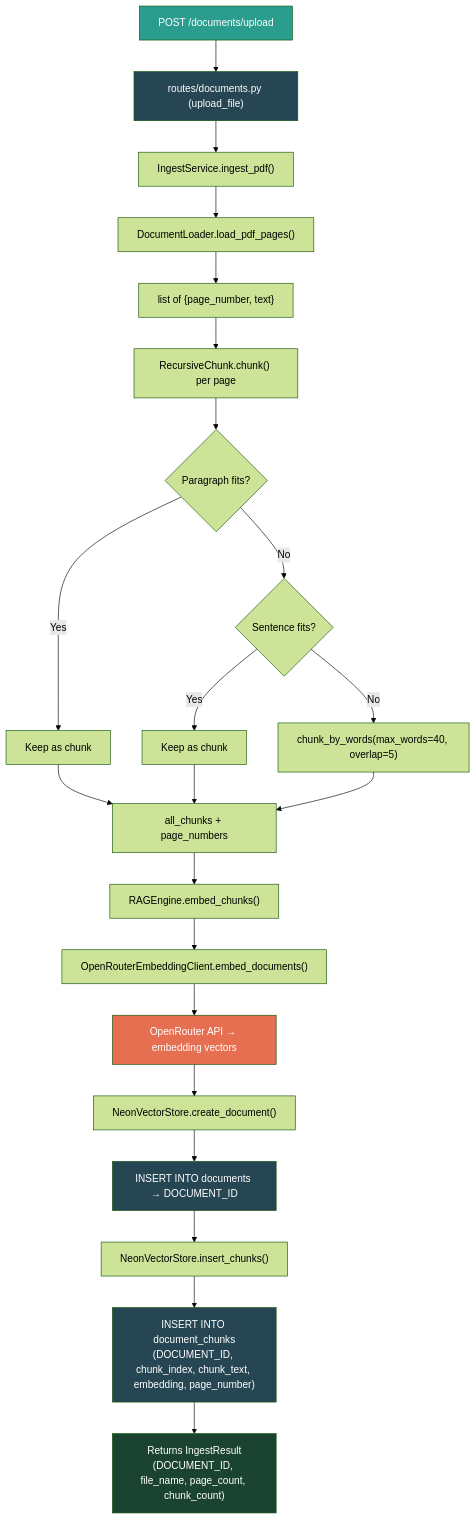
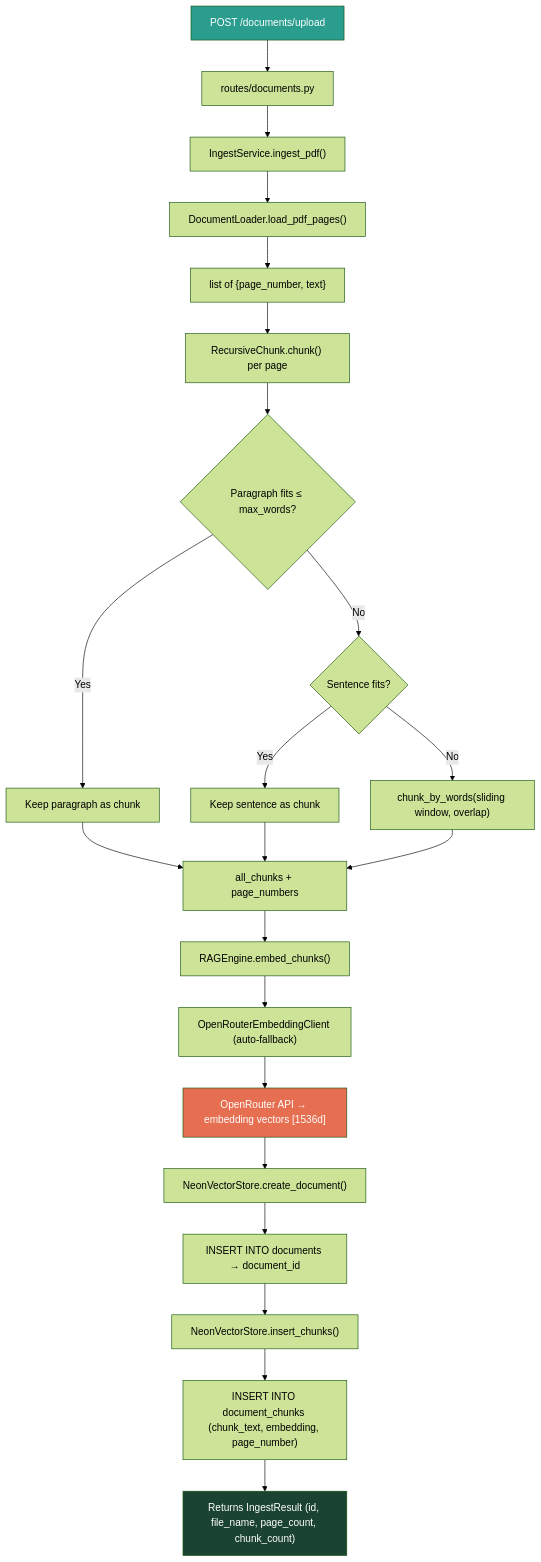
Before and after one commit to hasnatsakil/agentic-rag-service: the first of 4 diagrams in README.md, drawn with Mermaid (forest theme). The commit also changed other lines of this file and 19 other files, not shown here.

````diff
--- a/README.md
+++ b/README.md
@@ -97,38 +347,31 @@
 ```mermaid
 flowchart TD
-    A["POST /documents/upload"] --> B["routes/documents.py (upload_file)"]
+    A["POST /documents/upload"] --> B["routes/documents.py"]
     B --> C["IngestService.ingest_pdf()"]
-    
+
     C --> D["DocumentLoader.load_pdf_pages()"]
     D --> E["list of {page_number, text}"]
-    
+
     E --> F["RecursiveChunk.chunk() per page"]
-    F --> F1{"Paragraph fits?"}
-    F1 -- Yes --> F2["Keep as chunk"]
+    F --> F1{"Paragraph fits ≤ max_words?"}
+    F1 -- Yes --> F2["Keep paragraph as chunk"]
     F1 -- No --> F3{"Sentence fits?"}
-    F3 -- Yes --> F4["Keep as chunk"]
-    F3 -- No --> F5["chunk_by_words(max_words=40, overlap=5)"]
-    
+    F3 -- Yes --> F4["Keep sentence as chunk"]
+    F3 -- No --> F5["chunk_by_words(sliding window, overlap)"]
+
     F2 & F4 & F5 --> G["all_chunks + page_numbers"]
-    
+
     G --> H["RAGEngine.embed_chunks()"]
-    H --> H1["OpenRouterEmbeddingClient.embed_documents()"]
-    H1 --> H2["OpenRouter API → embedding vectors"]
-    
+    H --> H1["OpenRouterEmbeddingClient (auto-fallback)"]
+    H1 --> H2["OpenRouter API → embedding vectors [1536d]"]
+
     H2 --> I["NeonVectorStore.create_document()"]
-    I --> I1["INSERT INTO documents → DOCUMENT_ID"]
-    
+    I --> I1["INSERT INTO documents → document_id"]
     I1 --> J["NeonVectorStore.insert_chunks()"]
-    J --> J1["INSERT INTO document_chunks
-(DOCUMENT_ID, chunk_index, chunk_text, embedding, page_number)"]
-    
-    J1 --> K["Returns IngestResult
-(DOCUMENT_ID, file_name, page_count, chunk_count)"]
+    J --> J1["INSERT INTO document_chunks (chunk_text, embedding, page_number)"]
+    J1 --> K["Returns IngestResult (id, file_name, page_count, chunk_count)"]
 
     style A fill:#2a9d8f,color:#fff
-    style B fill:#264653,color:#fff
     style K fill:#1b4332,color:#fff
     style H2 fill:#e76f51,color:#fff
-    style I1 fill:#264653,color:#fff
-    style J1 fill:#264653,color:#fff
 ```
````
